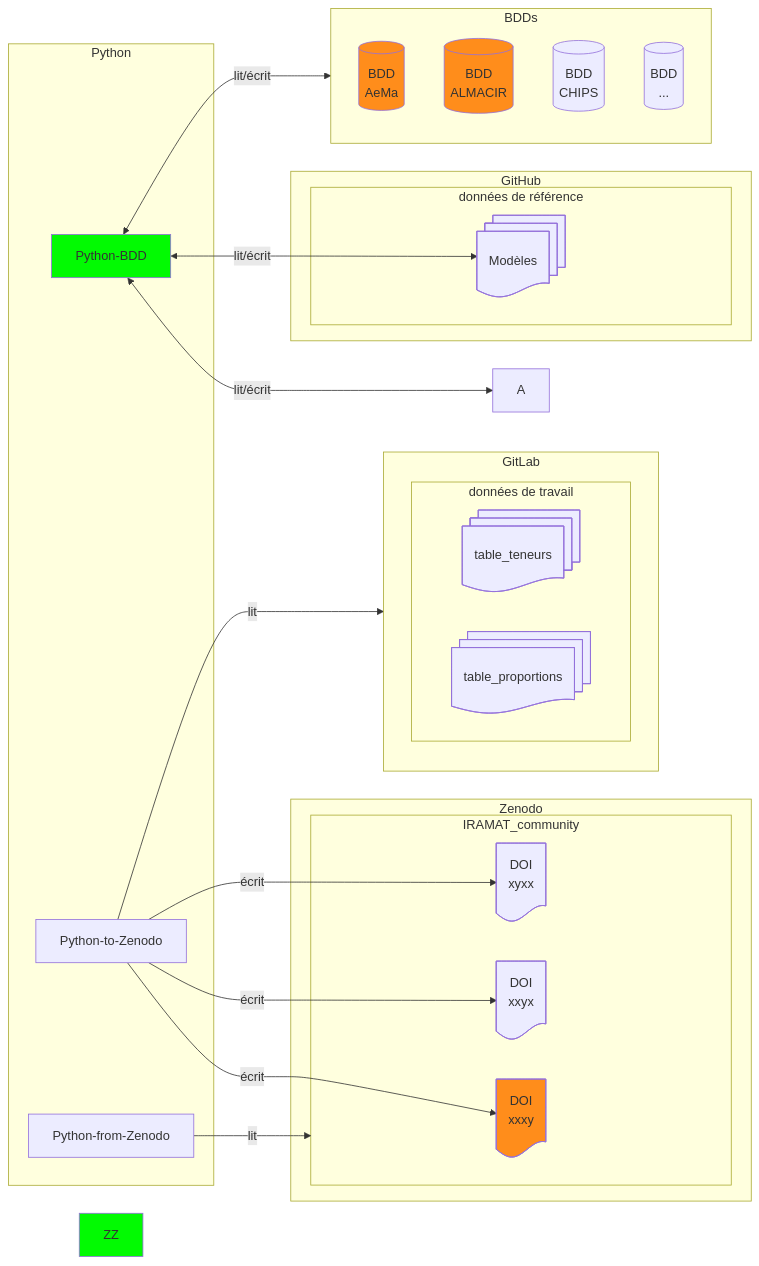
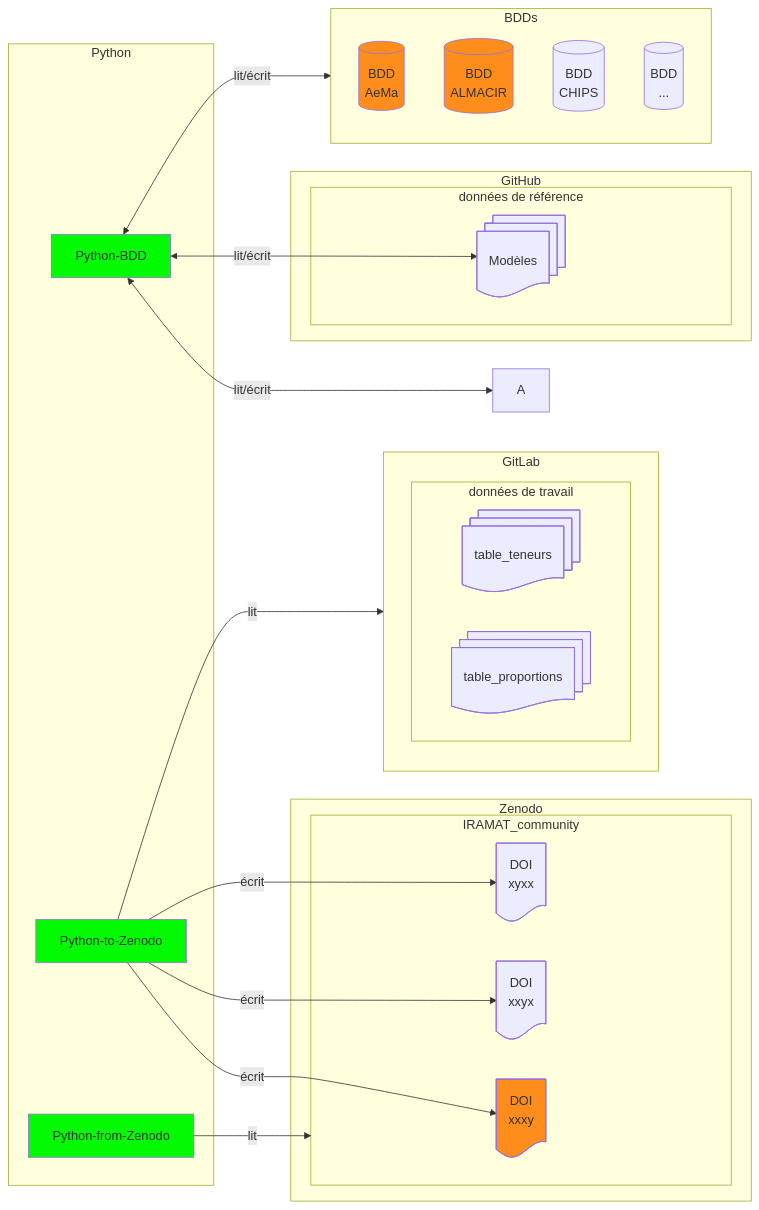
Before and after one commit to iramat/iramat-dev: the first of 2 diagrams in dbs/README.md, drawn with Mermaid.

````diff
--- a/dbs/README.md
+++ b/dbs/README.md
@@ -5,45 +5,46 @@
 ```mermaid
 flowchart LR
     subgraph GitLab
         subgraph données de travail
             T1@{ shape: docs, label: "table_teneurs" }
             T2@{ shape: docs, label: "table_proportions" }
         end
     end
     subgraph GitHub
         subgraph données de référence
             W@{ shape: docs, label: "Modèles" }
         end
     end
     subgraph Python
         Z@{ procs: docs, label: "Python-BDD" }
         P2Z@{ procs: docs, label: "Python-to-Zenodo" }
         PfZ@{ procs: docs, label: "Python-from-Zenodo" }
     end
     subgraph BDDs
         B[(BDD<br>AeMa)]
         H[(BDD<br>ALMACIR)]
         C[(BDD<br>CHIPS)]
         D[(BDD<br>...)]
     end
     Z <-- lit/écrit --> A;
     Z <-- lit/écrit --> W;
     P2Z -- lit --> GitLab;
     subgraph Zenodo
         subgraph IRAMAT_community
             P2Z -- écrit --> E@{ shape: doc, label: "DOI<br>xxxy" }
             P2Z -- écrit --> F@{ shape: doc, label: "DOI<br>xxyx" }
             P2Z -- écrit --> G@{ shape: doc, label: "DOI<br>xyxx" }
         end
     end
     Z <-- lit/écrit --> BDDs;
     PfZ -- lit --> IRAMAT_community
 
 
 click T1 "https://github.com/zoometh/iramat-test/blob/main/dbs/analysis_results.tsv" _blank
 style Z fill:#02fa02
-style ZZ fill:#02fa02
+style P2Z fill:#02fa02
+style PfZ fill:#02fa02
 style B fill:#FF8D1B
 style H fill:#FF8D1B
 style E fill:#FF8D1B
 ```
````
